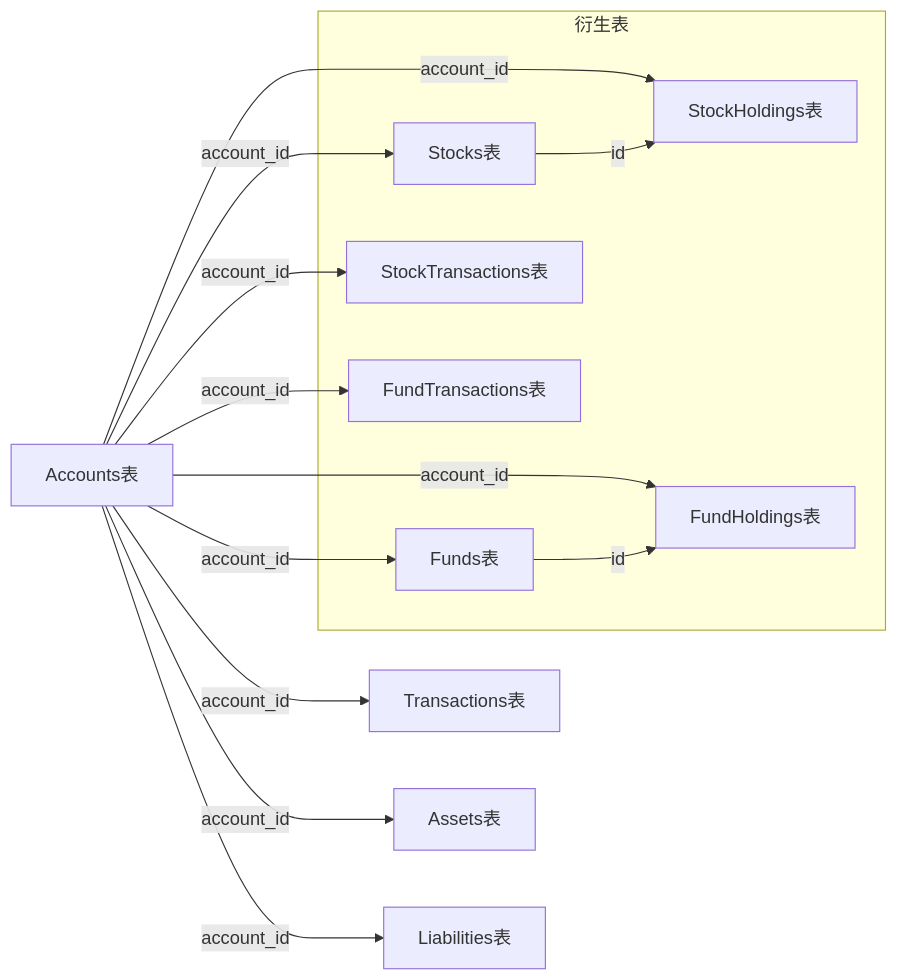
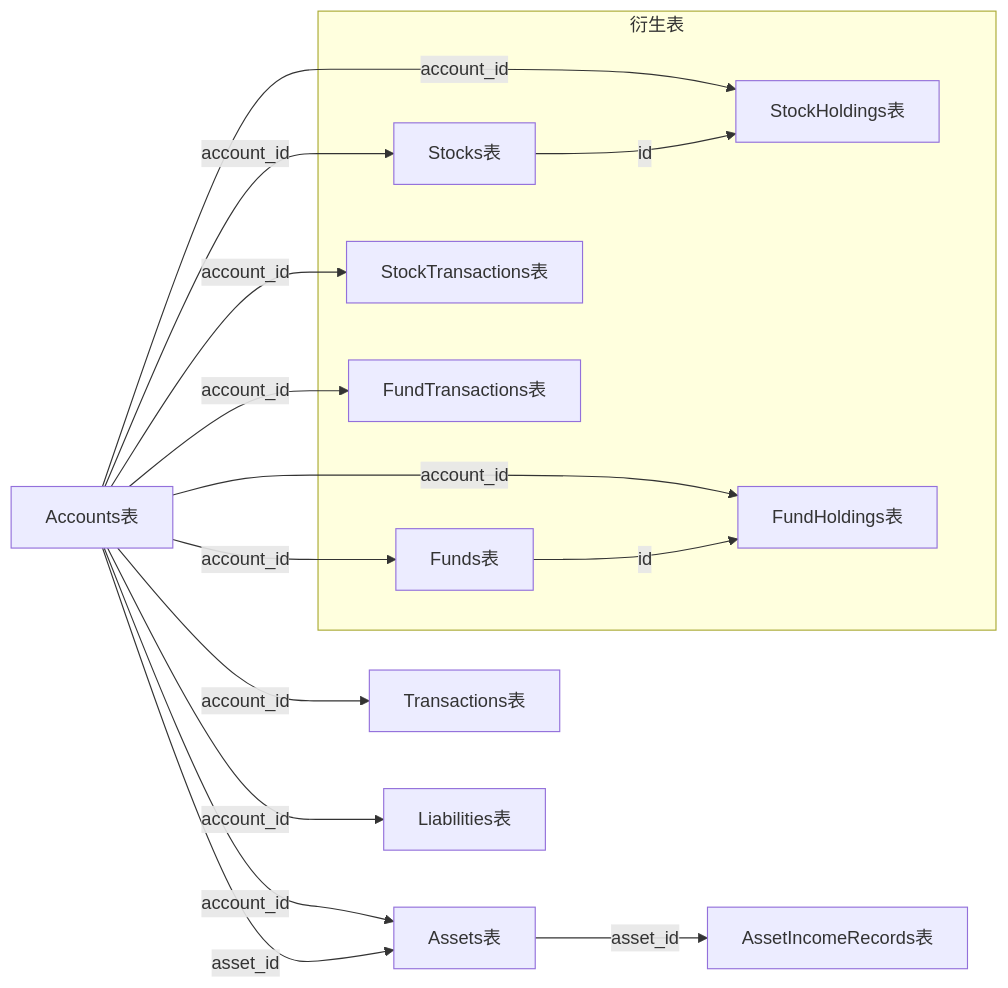
Before and after one commit to xiao-lin-unit/yuan: the ninth of 9 diagrams in .qoder/repowiki/zh/content/数据库管理/数据库设计.md, drawn with Mermaid. The commit also changed other lines of this file and 18 other files, not shown here.

````diff
--- a/.qoder/repowiki/zh/content/数据库管理/数据库设计.md
+++ b/.qoder/repowiki/zh/content/数据库管理/数据库设计.md
@@ -486,22 +544,24 @@
 ```mermaid
 flowchart LR
 Accounts["Accounts表"] --> |account_id| Transactions["Transactions表"]
 Accounts --> |account_id| Assets["Assets表"]
+Accounts --> |asset_id| Assets
 Accounts --> |account_id| Liabilities["Liabilities表"]
+Assets["Assets表"] --> |asset_id| AssetIncomeRecords["AssetIncomeRecords表"]
 subgraph "衍生表"
 Stocks["Stocks表"]
 Funds["Funds表"]
 StockHoldings["StockHoldings表"]
 FundHoldings["FundHoldings表"]
 StockTransactions["StockTransactions表"]
 FundTransactions["FundTransactions表"]
 end
 Accounts --> |account_id| Stocks
 Accounts --> |account_id| Funds
 Accounts --> |account_id| StockHoldings
 Accounts --> |account_id| FundHoldings
 Accounts --> |account_id| StockTransactions
 Accounts --> |account_id| FundTransactions
 Stocks --> |id| StockHoldings
 Funds --> |id| FundHoldings
 ```
````
